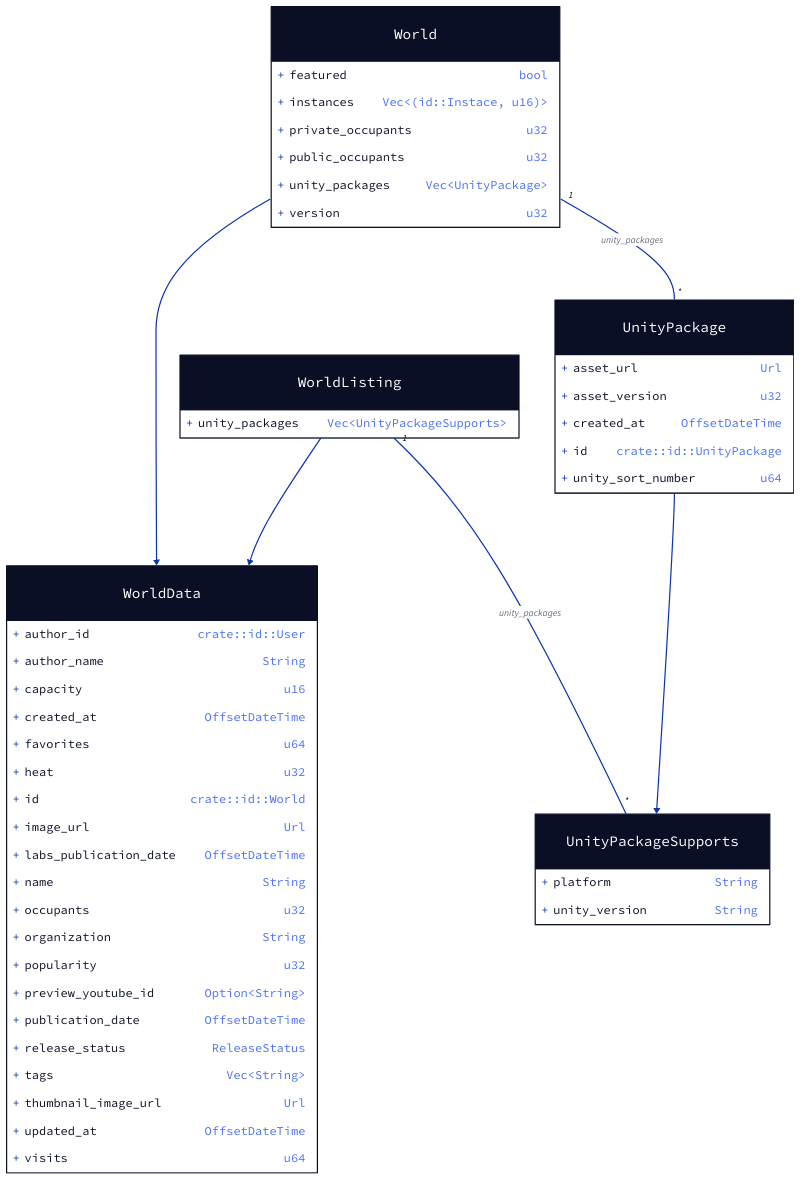
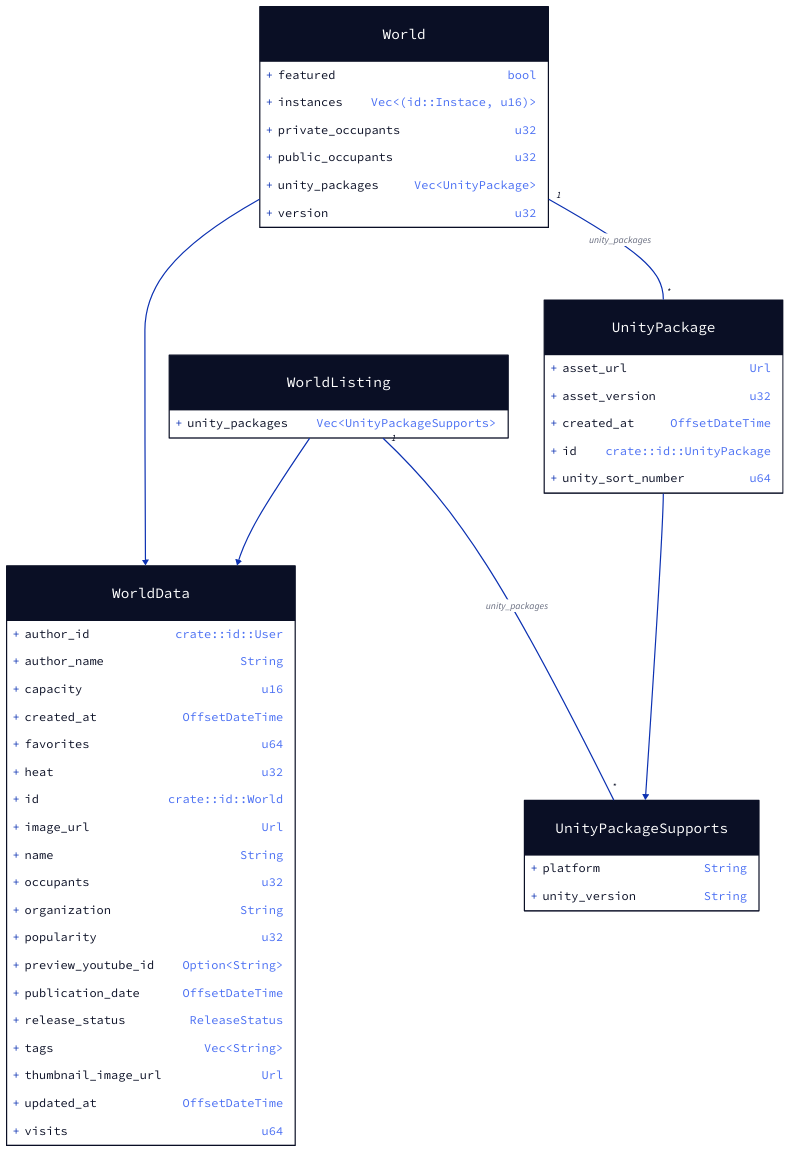
One commit to onlivfe/vrc_rs changed the diagram in docs/worlds.d2. Above: the diagram before and after it, drawn with D2. The commit also changed 8 other files, not shown here.

```diff
--- a/docs/worlds.d2
+++ b/docs/worlds.d2
@@ -1,73 +1,73 @@
 
 
 UnityPackageSupports: {
   shape: class
 
 	platform: String
 	unity_version: String
 }
 
 UnityPackage: {
 	shape: class
 
 	asset_url: Url
 	asset_version: u32
 	created_at: OffsetDateTime
 	id: crate::id::UnityPackage
 	unity_sort_number: u64
 }
 UnityPackage -> UnityPackageSupports
 
 
 WorldData: {
 	shape: class
 
 	author_id: crate::id::User
 	author_name: String
 	capacity: u16
 	created_at: OffsetDateTime
 	favorites: u64
 	heat: u32
 	id: crate::id::World
 	image_url: Url
-	labs_publication_date: OffsetDateTime
+	#labs_publication_date: OffsetDateTime
 	name: String
 	occupants: u32
 	organization: String
 	popularity: u32
 	preview_youtube_id: Option<String>
 	publication_date: OffsetDateTime
 	release_status: ReleaseStatus
 	tags: Vec<String>
 	thumbnail_image_url: Url
 	updated_at: OffsetDateTime
 	visits: u64
 }
 
 WorldListing: {
 	shape: class
 
 	unity_packages: Vec<UnityPackageSupports>
 }
 WorldListing -> WorldData
 WorldListing -- UnityPackageSupports: "unity_packages" {
 	source-arrowhead.label: 1
 	target-arrowhead.label: *
 }
 
 
 World: {
 	shape: class
 
 	featured: bool
 	instances: Vec<(id::Instace, u16)>
 	private_occupants: u32
 	public_occupants: u32
 	unity_packages: Vec<UnityPackage>
 	version: u32
 }
 World -> WorldData
 World -- UnityPackage: "unity_packages" {
 	source-arrowhead.label: 1
 	target-arrowhead.label: *
 }
```
